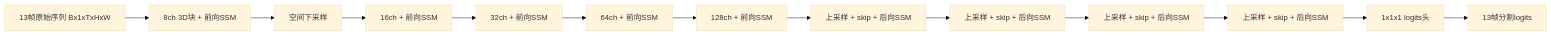
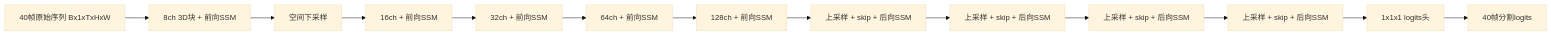
Before and after one commit to Mao0324/DeepPro: the diagram in docs/F1_MAXIMIZATION_RESEARCH_2026-08-27.md, drawn with Mermaid (base theme). The commit also changed other lines of this file and 6 other files, not shown here.

````diff
--- a/docs/F1_MAXIMIZATION_RESEARCH_2026-08-27.md
+++ b/docs/F1_MAXIMIZATION_RESEARCH_2026-08-27.md
@@ -50,15 +56,15 @@
 ```mermaid
 flowchart LR
-    X[13帧原始序列 Bx1xTxHxW] --> E1[8ch 3D块 + 前向SSM]
+    X[40帧原始序列 Bx1xTxHxW] --> E1[8ch 3D块 + 前向SSM]
     E1 --> P1[空间下采样]
     P1 --> E2[16ch + 前向SSM]
     E2 --> E3[32ch + 前向SSM]
     E3 --> E4[64ch + 前向SSM]
     E4 --> E5[128ch + 前向SSM]
     E5 --> D4[上采样 + skip + 后向SSM]
     D4 --> D3[上采样 + skip + 后向SSM]
     D3 --> D2[上采样 + skip + 后向SSM]
     D2 --> D1[上采样 + skip + 后向SSM]
     D1 --> H[1x1x1 logits头]
-    H --> Y[13帧分割logits]
+    H --> Y[40帧分割logits]
 ```
````
